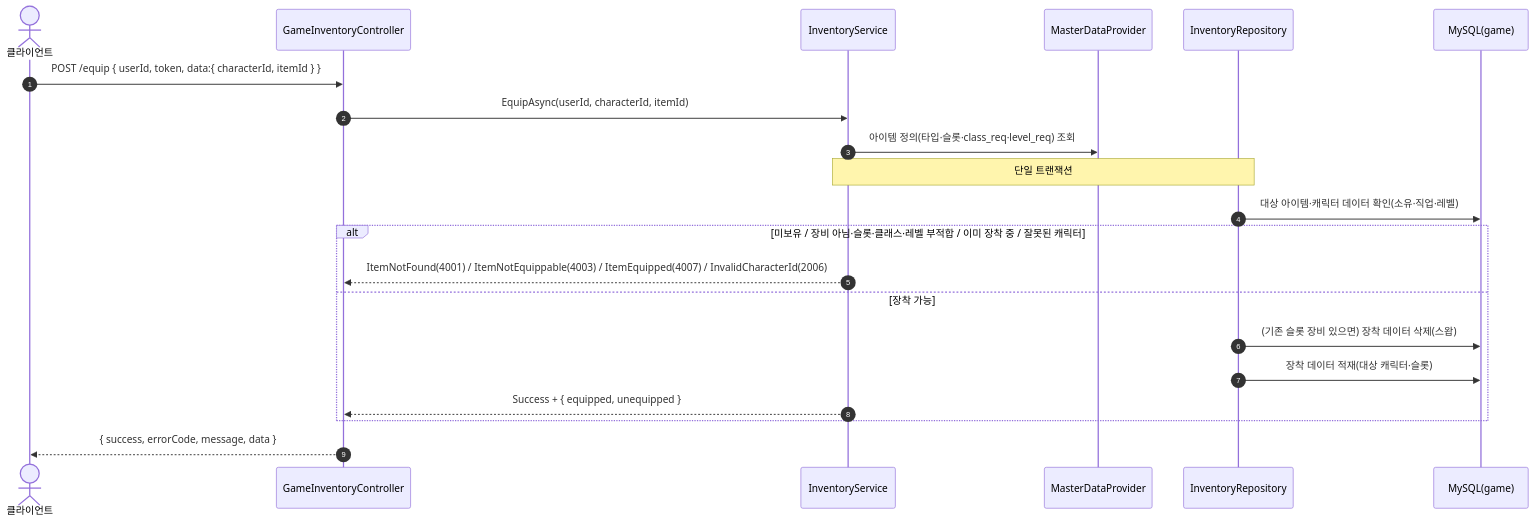
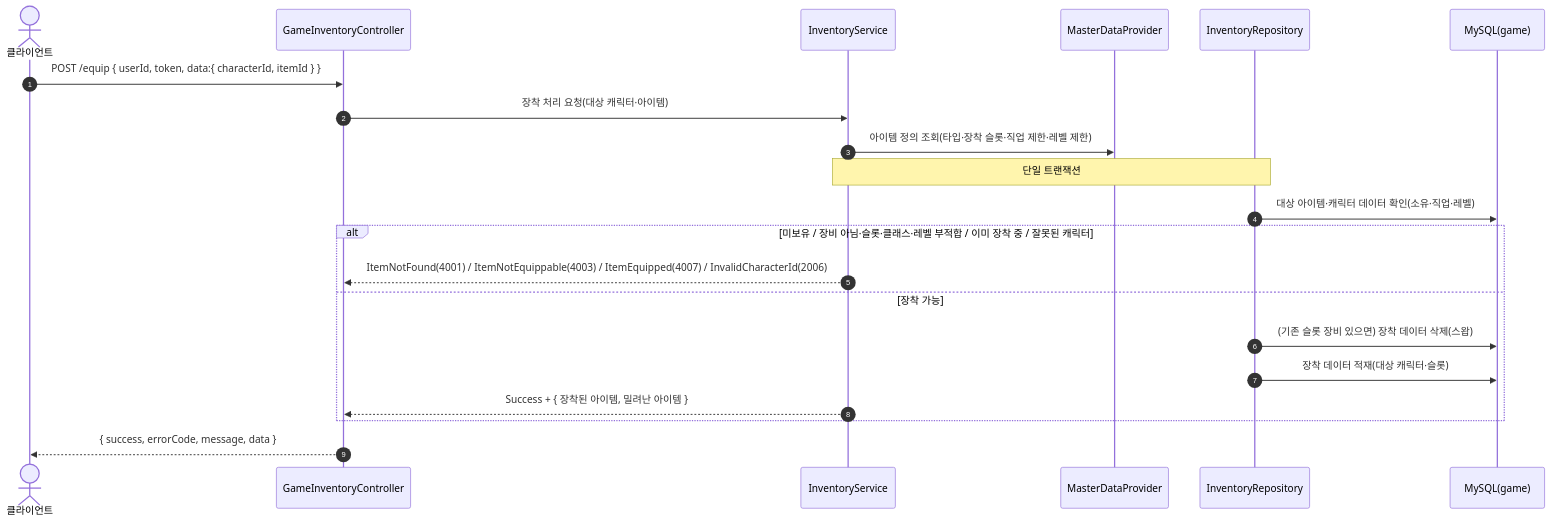
The first of 4 diagrams in SequenceDiagram/GameInventoryController.md (ks-wook/com2us-taskbar-hero), drawn with Mermaid before and after one commit. The commit also changed other lines of this file and 7 other files, not shown here.

Commit message:
시퀀스 다이어그램 수정

````diff
--- a/SequenceDiagram/GameInventoryController.md
+++ b/SequenceDiagram/GameInventoryController.md
@@ -9,24 +9,24 @@
 ```mermaid
 sequenceDiagram
     autonumber
     actor C as 클라이언트
     participant Ctrl as GameInventoryController
     participant Svc as InventoryService
     participant MD as MasterDataProvider
     participant Repo as InventoryRepository
     participant DB as MySQL(game)
 
     C->>Ctrl: POST /equip { userId, token, data:{ characterId, itemId } }
-    Ctrl->>Svc: EquipAsync(userId, characterId, itemId)
-    Svc->>MD: 아이템 정의(타입·슬롯·class_req·level_req) 조회
+    Ctrl->>Svc: 장착 처리 요청(대상 캐릭터·아이템)
+    Svc->>MD: 아이템 정의 조회(타입·장착 슬롯·직업 제한·레벨 제한)
     Note over Svc,Repo: 단일 트랜잭션
     Repo->>DB: 대상 아이템·캐릭터 데이터 확인(소유·직업·레벨)
     alt 미보유 / 장비 아님·슬롯·클래스·레벨 부적합 / 이미 장착 중 / 잘못된 캐릭터
         Svc-->>Ctrl: ItemNotFound(4001) / ItemNotEquippable(4003) / ItemEquipped(4007) / InvalidCharacterId(2006)
     else 장착 가능
         Repo->>DB: (기존 슬롯 장비 있으면) 장착 데이터 삭제(스왑)
         Repo->>DB: 장착 데이터 적재(대상 캐릭터·슬롯)
-        Svc-->>Ctrl: Success + { equipped, unequipped }
+        Svc-->>Ctrl: Success + { 장착된 아이템, 밀려난 아이템 }
     end
     Ctrl-->>C: { success, errorCode, message, data }
 ```
````
